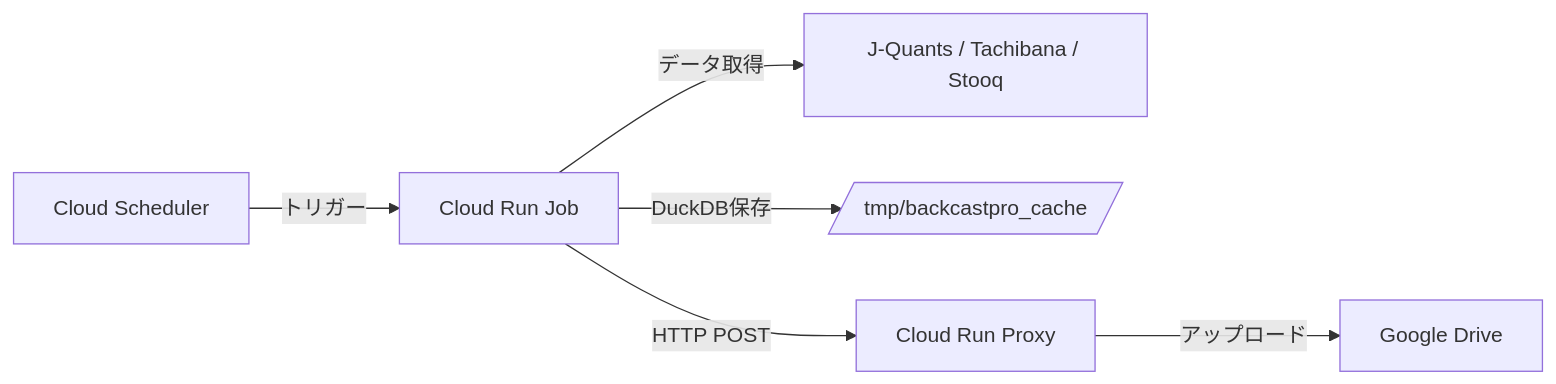
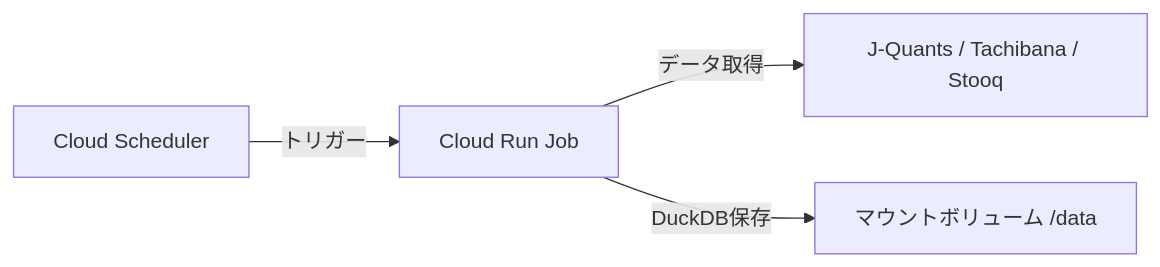
The diagram in docs/cloud-run-updater.md (botterYosuke/BackcastPro), drawn with Mermaid before and after one commit. The commit also changed other lines of this file and 20 other files, not shown here.

Commit message:
cloud-run を ftp 対応に

````diff
--- a/docs/cloud-run-updater.md
+++ b/docs/cloud-run-updater.md
@@ -17,8 +14,6 @@
 ```mermaid
 graph LR
     A[Cloud Scheduler] -->|トリガー| B[Cloud Run Job]
     B -->|データ取得| C[J-Quants / Tachibana / Stooq]
-    B -->|DuckDB保存| D[/tmp/backcastpro_cache/]
-    B -->|HTTP POST| E[Cloud Run Proxy]
-    E -->|アップロード| F[Google Drive]
+    B -->|DuckDB保存| D[マウントボリューム /data]
 ```
````
